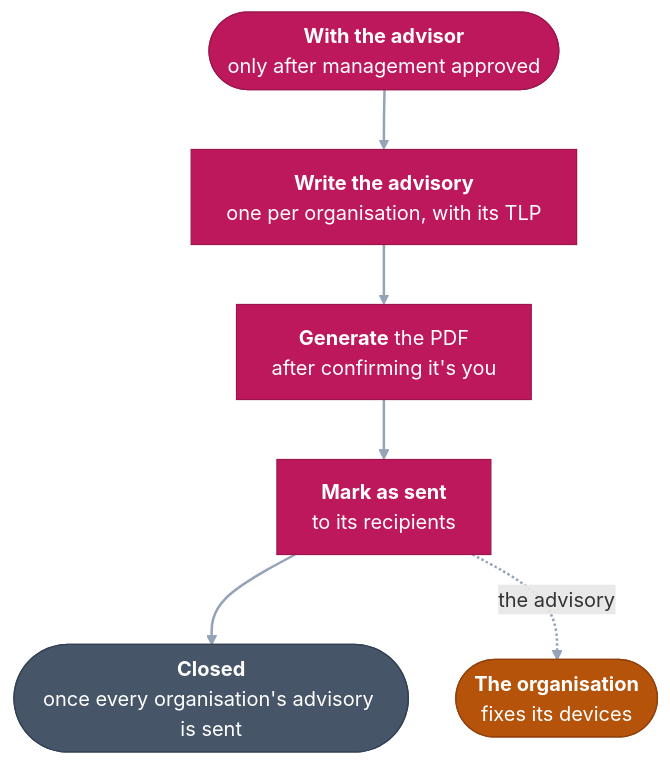
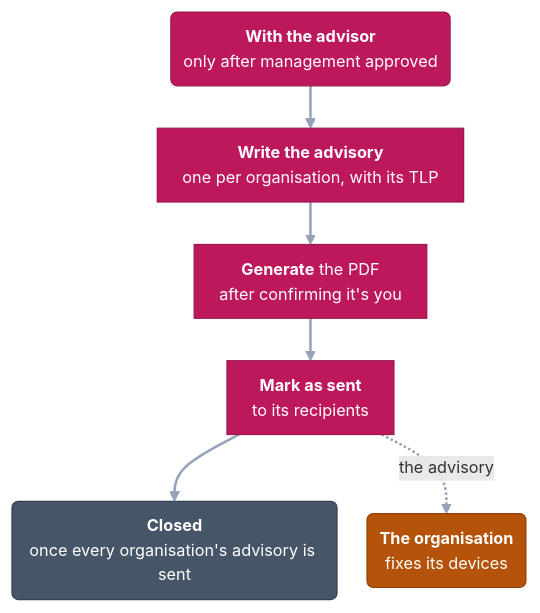
One commit to anonghosty/looking-glass changed the seventh of 7 diagrams in docs/USE_CASES.md. Above: the diagram before and after it, drawn with Mermaid. The commit also changed other lines of this file and 3 other files, not shown here.

First line of the commit message:
Docs: compact diagrams, and the people as the roles are

````diff
--- a/docs/USE_CASES.md
+++ b/docs/USE_CASES.md
@@ -263,19 +266,19 @@
 ```mermaid
-%%{init: {"flowchart": {"curve": "basis", "nodeSpacing": 38, "rankSpacing": 48, "padding": 14, "wrappingWidth": 280}}}%%
+%%{init: {"themeVariables": {"fontSize": "13px"}, "flowchart": {"curve": "basis", "nodeSpacing": 24, "rankSpacing": 34, "padding": 10, "wrappingWidth": 240}}}%%
 flowchart TD
-    I(["<b>With the advisor</b><br/>only after management approved"]):::advisor
+    I("<b>With the advisor</b><br/>only after management approved"):::advisor
     W["<b>Write the advisory</b><br/>one per organisation, with its TLP"]:::advisor
     G["<b>Generate</b> the PDF<br/>after confirming it's you"]:::advisor
     S["<b>Mark as sent</b><br/>to its recipients"]:::advisor
-    C(["<b>Closed</b><br/>once every organisation's advisory is sent"]):::closed
-    O(["<b>The organisation</b><br/>fixes its devices"]):::ext
+    C("<b>Closed</b><br/>once every organisation's advisory is sent"):::closed
+    O("<b>The organisation</b><br/>fixes its devices"):::ext
     I --> W --> G --> S --> C
     S -. "the advisory" .-> O
     classDef research fill:#0369a1,stroke:#075985,color:#fff
     classDef analyst fill:#4f46e5,stroke:#4338ca,color:#fff
     classDef mgmt fill:#6d28d9,stroke:#5b21b6,color:#fff
     classDef advisor fill:#be185d,stroke:#9d174d,color:#fff
     classDef closed fill:#475569,stroke:#334155,color:#fff
     classDef ext fill:#b45309,stroke:#92400e,color:#fff
     linkStyle default stroke:#94a3b8,stroke-width:2px
 ```
````
